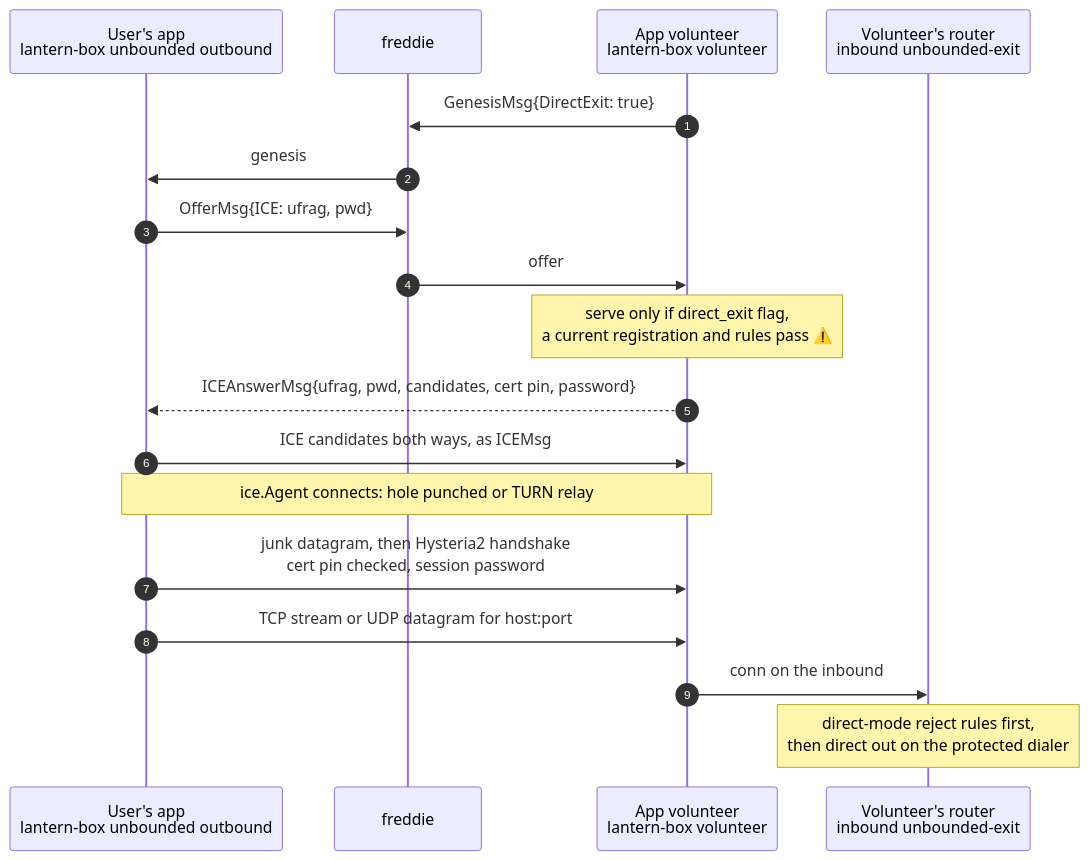
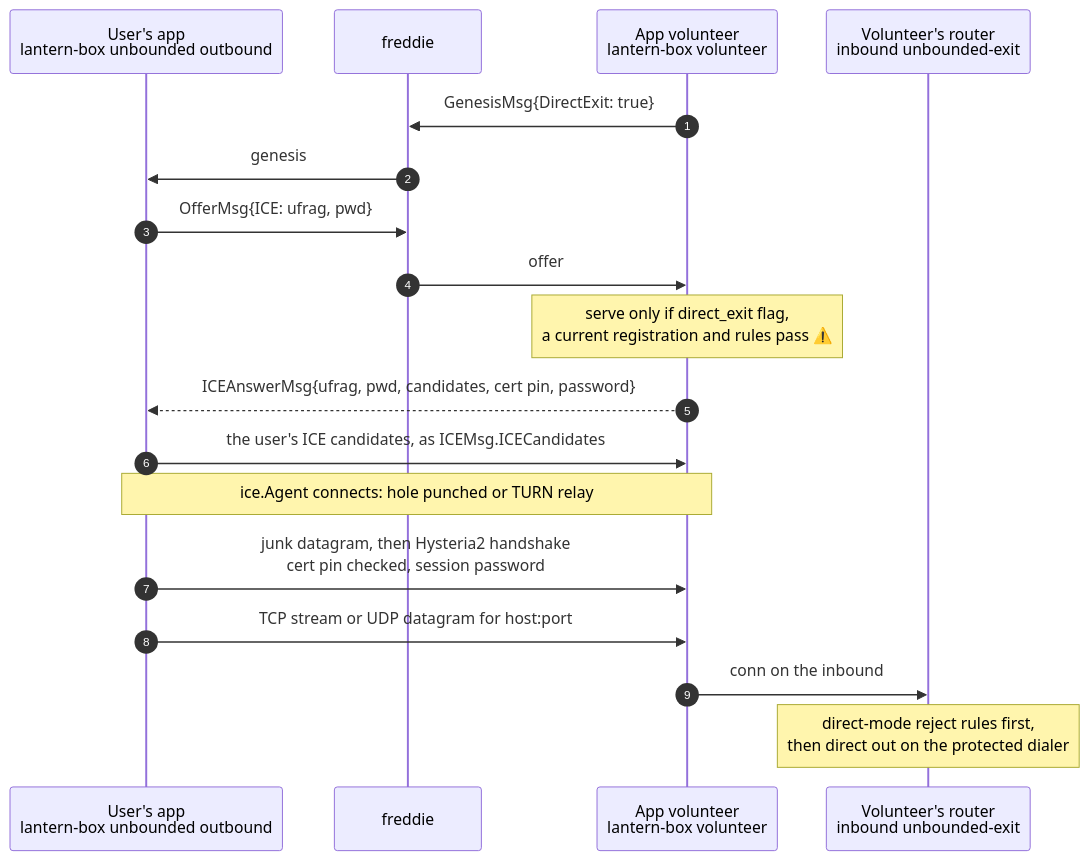
The diagram in docs/superpowers/specs/2026-11-17-volunteer-direct-exit-design.md (getlantern/unbounded), drawn with Mermaid before and after one commit. The commit also changed 2 other files, not shown here.

Commit message:
clientcore: consumers take direct exits from producers that offer them
Claude-Session: https://claude.ai/code/session_01KqE58aYaai3u8CFZe5nXdE

````diff
--- a/docs/superpowers/specs/2026-11-17-volunteer-direct-exit-design.md
+++ b/docs/superpowers/specs/2026-11-17-volunteer-direct-exit-design.md
@@ -57,21 +57,21 @@
 ```mermaid
 sequenceDiagram
     autonumber
     participant U as User's app<br/>lantern-box unbounded outbound
     participant F as freddie
     participant V as App volunteer<br/>lantern-box volunteer
     participant R as Volunteer's router<br/>inbound unbounded-exit
 
     V->>F: GenesisMsg{DirectExit: true}
     F->>U: genesis
     U->>F: OfferMsg{ICE: ufrag, pwd}
     F->>V: offer
     Note over V: serve only if direct_exit flag,<br/>a current registration and rules pass ⚠️
     V-->>U: ICEAnswerMsg{ufrag, pwd, candidates, cert pin, password}
-    U->>V: ICE candidates both ways, as ICEMsg
+    U->>V: the user's ICE candidates, as ICEMsg.ICECandidates
     Note over U,V: ice.Agent connects: hole punched or TURN relay
     U->>V: junk datagram, then Hysteria2 handshake<br/>cert pin checked, session password
     U->>V: TCP stream or UDP datagram for host:port
     V->>R: conn on the inbound
     Note over R: direct-mode reject rules first,<br/>then direct out on the protected dialer
 ```
````
